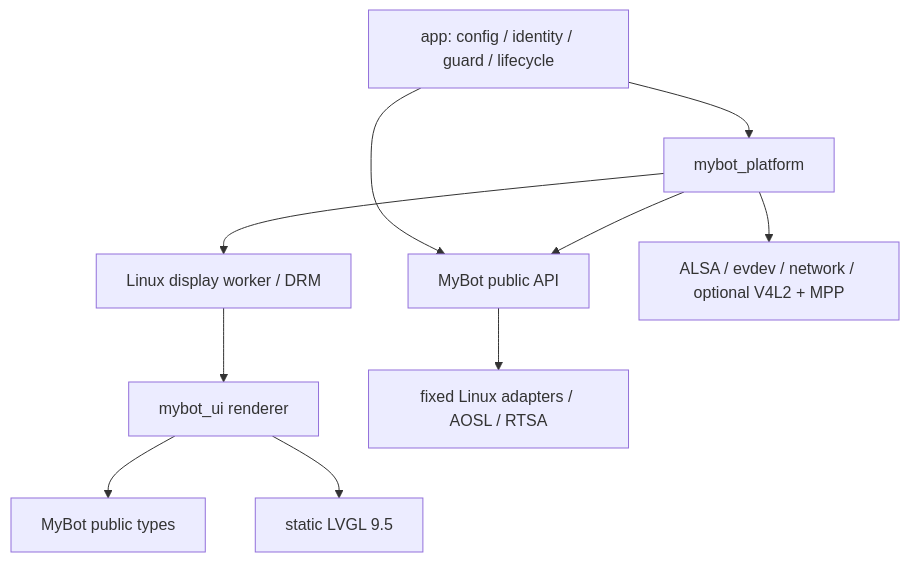
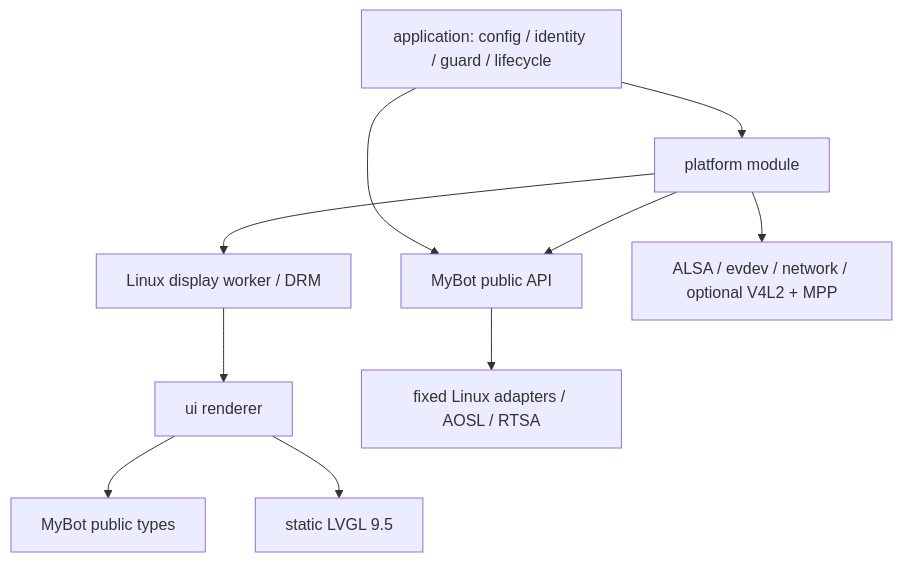
One commit to AgoraIO-Community/agora-r2-pro-devkit changed the diagram in docs/development/architecture.zh-CN.md. Above: the diagram before and after it, drawn with Mermaid. The commit also changed other lines of this file and 1148 other files, not shown here.

````diff
--- a/docs/development/architecture.zh-CN.md
+++ b/docs/development/architecture.zh-CN.md
@@ -5,12 +25,12 @@
 ```mermaid
 flowchart TD
-    app[app: config / identity / guard / lifecycle] --> platform[mybot_platform]
+    app[application: config / identity / guard / lifecycle] --> platform[platform module]
     app --> sdk[MyBot public API]
     platform --> sdk
     platform --> display[Linux display worker / DRM]
     platform --> io[ALSA / evdev / network / optional V4L2 + MPP]
-    display --> ui[mybot_ui renderer]
+    display --> ui[ui renderer]
     ui --> public[MyBot public types]
     ui --> lvgl[static LVGL 9.5]
     sdk --> adapters[fixed Linux adapters / AOSL / RTSA]
 ```
````
